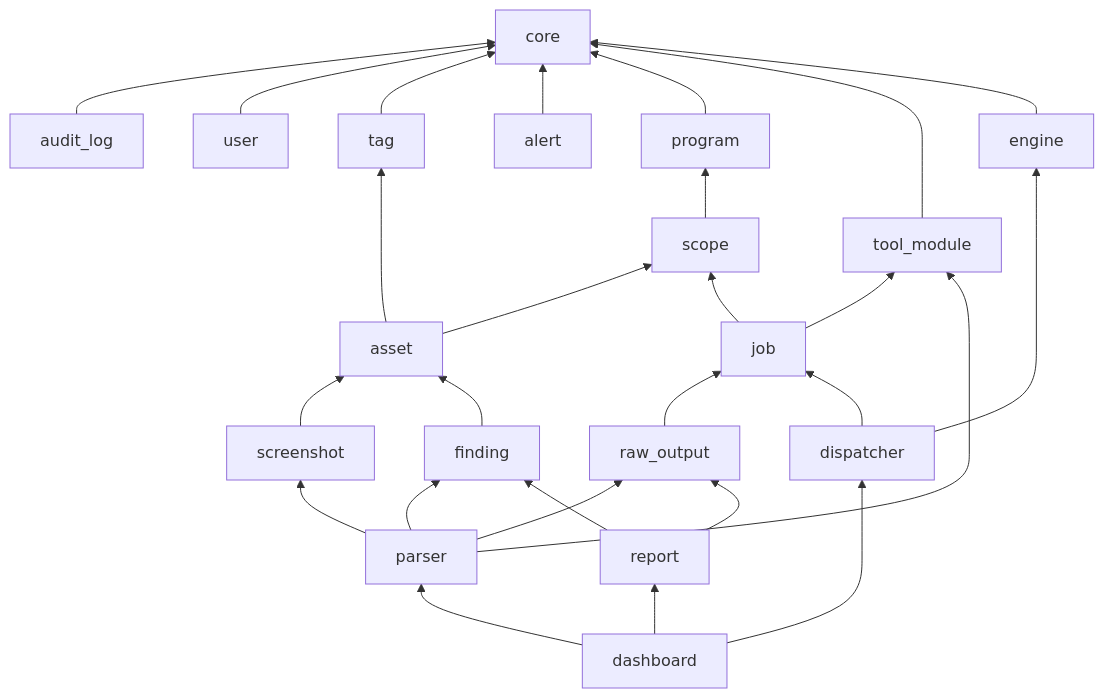
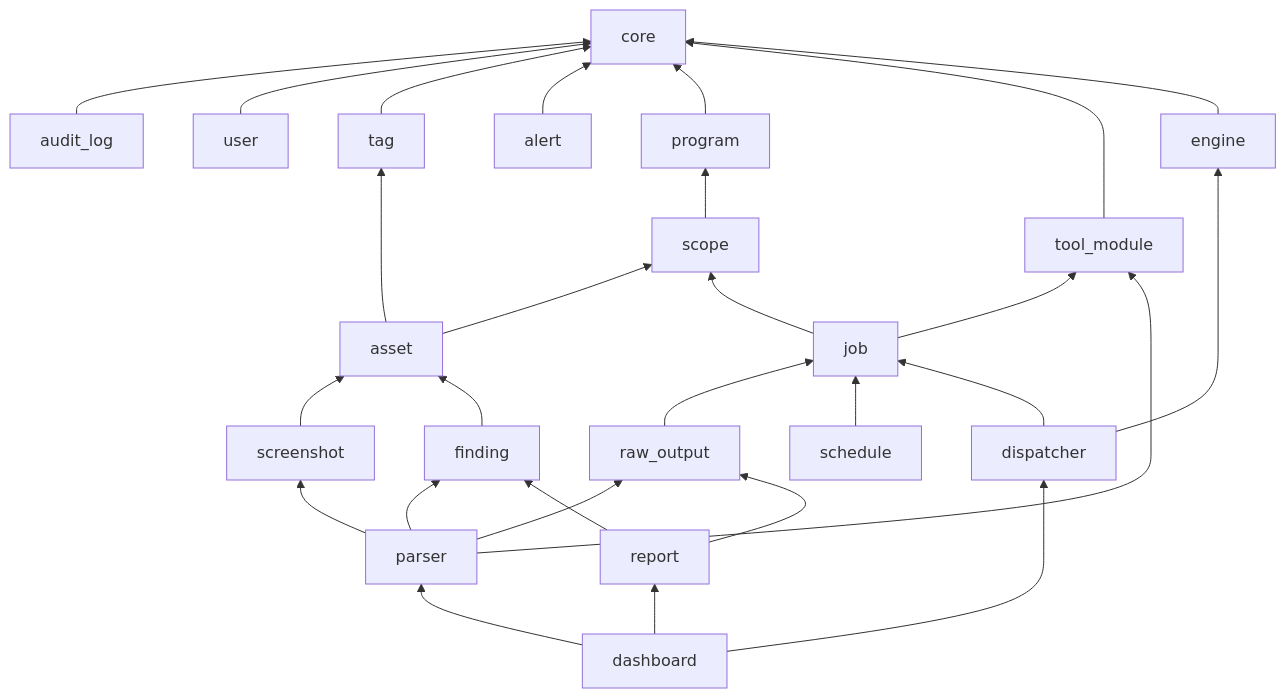
Before and after one commit to memay-haha/ReconOS: the second of 2 diagrams in docs/architecture/dependency-graph.md, drawn with Mermaid. The commit also changed other lines of this file and 41 other files, not shown here.

````diff
--- a/docs/architecture/dependency-graph.md
+++ b/docs/architecture/dependency-graph.md
@@ -63,30 +63,31 @@
 ```mermaid
 flowchart BT
     core["core"]
     audit["audit_log"] --> core
     user["user"] --> core
     tag["tag"] --> core
     alert["alert"] --> core
     program["program"] --> core
     tool["tool_module"] --> core
     engine["engine"] --> core
     scope["scope"] --> program
     asset["asset"] --> scope
     asset --> tag
     job["job"] --> scope
     job --> tool
     raw["raw_output"] --> job
+    schedule["schedule"] --> job
     screenshot["screenshot"] --> asset
     finding["finding"] --> asset
     parser["parser"] --> screenshot
     parser --> finding
     parser --> raw
     parser --> tool
     dispatcher["dispatcher"] --> job
     dispatcher --> engine
     report["report"] --> finding
     report --> raw
     dashboard["dashboard"] --> parser
     dashboard --> dispatcher
     dashboard --> report
 ```
````
